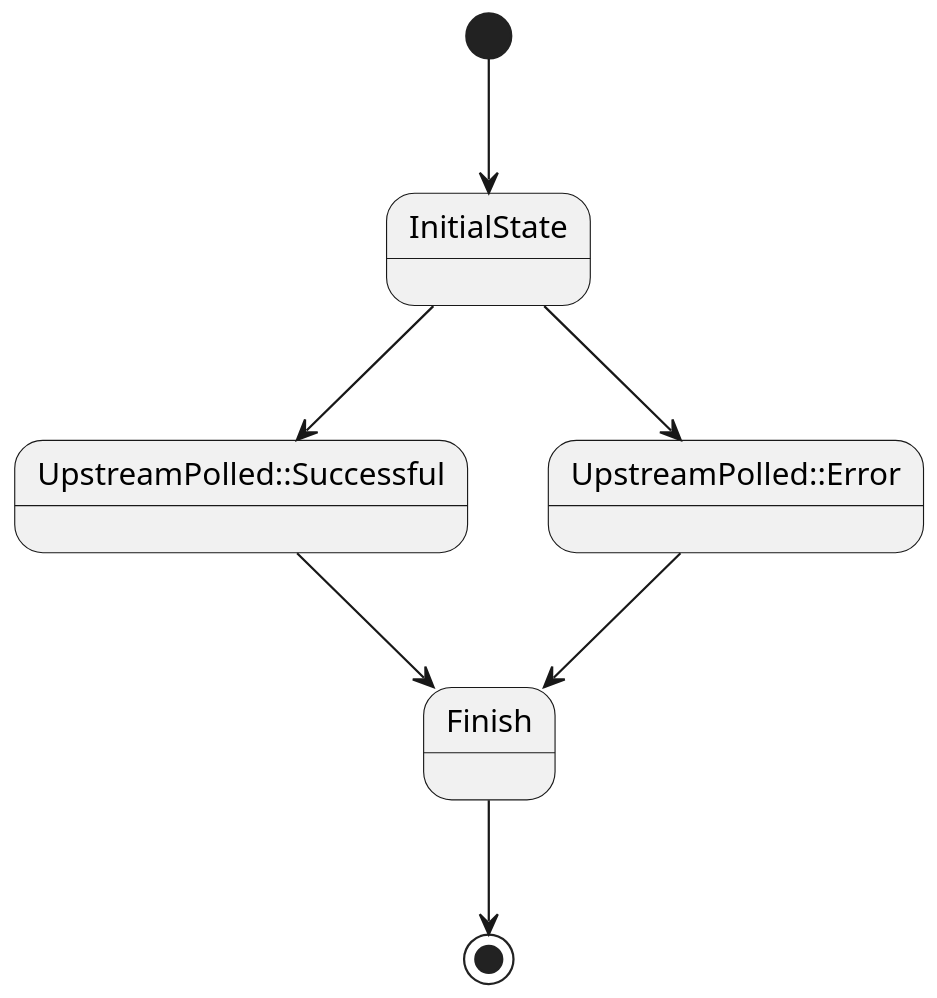
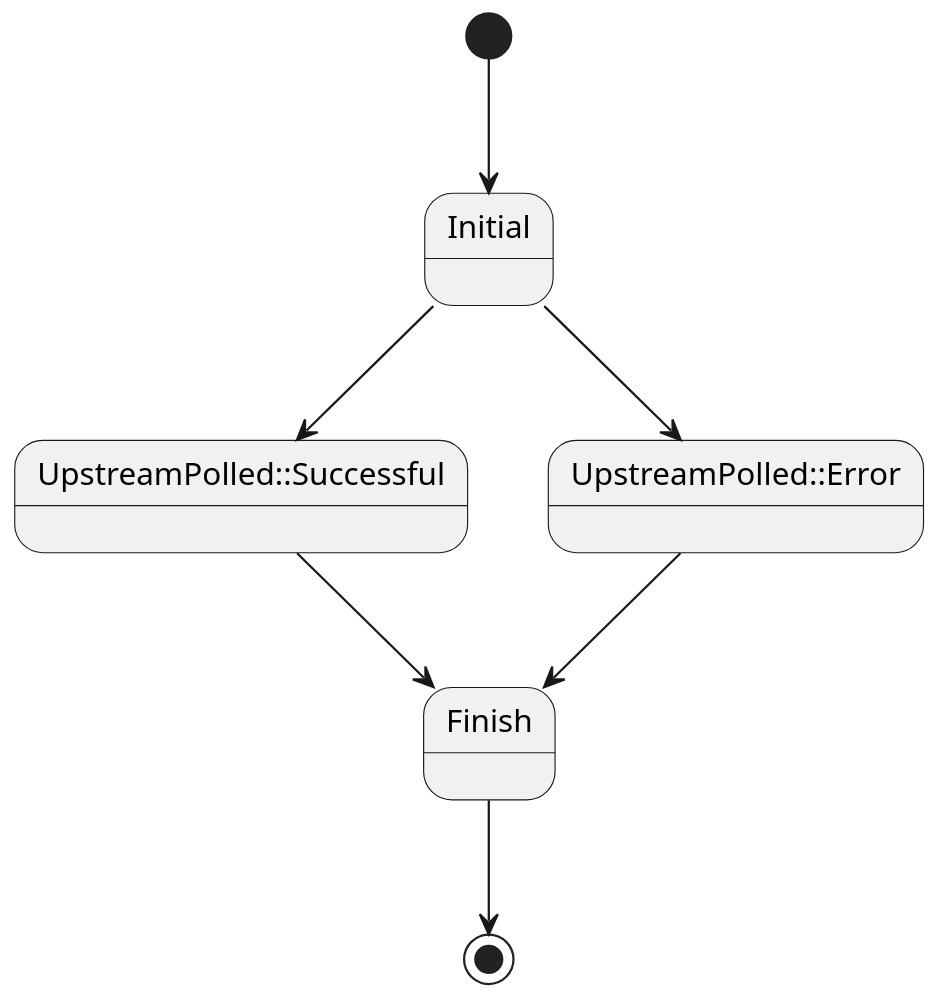
Before and after one commit to hit-box/hitbox: the diagram in hitbox/diagrams/upstream.puml, drawn with PlantUML. The commit also changed 12 other files, not shown here.

```diff
--- a/hitbox/diagrams/upstream.puml
+++ b/hitbox/diagrams/upstream.puml
@@ -1,15 +1,15 @@
 @startuml
 'https://plantuml.com/state-diagram
 
 scale 700 width
-[*] --> InitialState
+[*] --> Initial
 
-InitialState --> UpstreamPolled::Successful
-InitialState --> UpstreamPolled::Error
+Initial --> UpstreamPolled::Successful
+Initial --> UpstreamPolled::Error
 
 UpstreamPolled::Successful --> Finish
 UpstreamPolled::Error --> Finish
 
 Finish --> [*]
 
 @enduml
```
